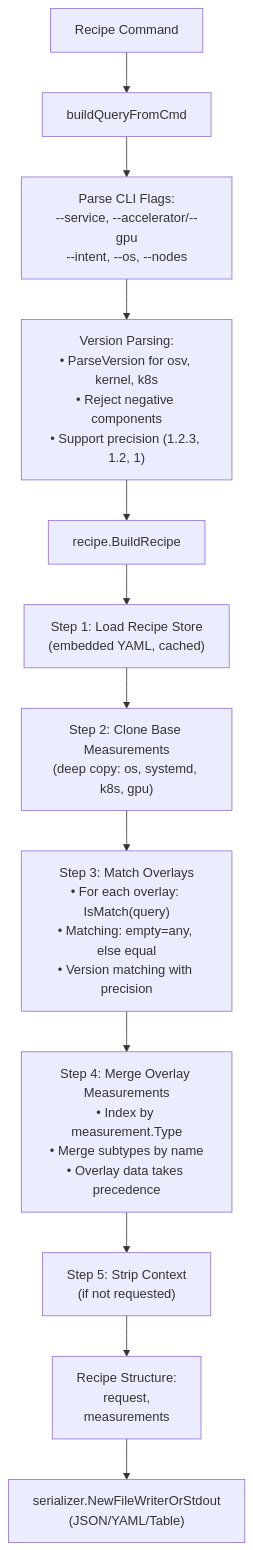
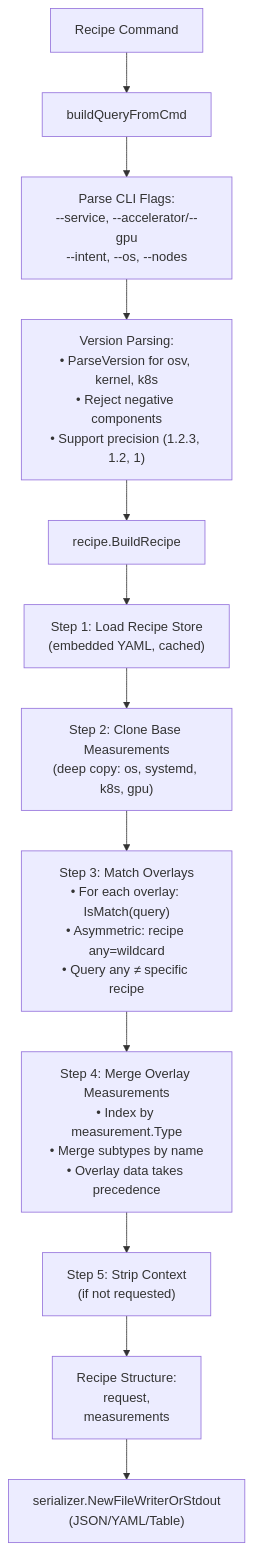
Before and after one commit to dims/cloud-native-stack: the sixth of 16 diagrams in docs/architecture/cli.md, drawn with Mermaid. The commit also changed other lines of this file and 31 other files, not shown here.

````diff
--- a/docs/architecture/cli.md
+++ b/docs/architecture/cli.md
@@ -423,18 +423,18 @@
 ```mermaid
 flowchart TD
     A[Recipe Command] --> B[buildQueryFromCmd]
     
     B --> B1["Parse CLI Flags:<br/>--service, --accelerator/--gpu<br/>--intent, --os, --nodes"]
     B1 --> B2["Version Parsing:<br/>• ParseVersion for osv, kernel, k8s<br/>• Reject negative components<br/>• Support precision (1.2.3, 1.2, 1)"]
     
     B2 --> C[recipe.BuildRecipe]
     
     C --> C1["Step 1: Load Recipe Store<br/>(embedded YAML, cached)"]
     C1 --> C2["Step 2: Clone Base Measurements<br/>(deep copy: os, systemd, k8s, gpu)"]
-    C2 --> C3["Step 3: Match Overlays<br/>• For each overlay: IsMatch(query)<br/>• Matching: empty=any, else equal<br/>• Version matching with precision"]
+    C2 --> C3["Step 3: Match Overlays<br/>• For each overlay: IsMatch(query)<br/>• Asymmetric: recipe any=wildcard<br/>• Query any ≠ specific recipe"]
     C3 --> C4["Step 4: Merge Overlay Measurements<br/>• Index by measurement.Type<br/>• Merge subtypes by name<br/>• Overlay data takes precedence"]
     C4 --> C5["Step 5: Strip Context<br/>(if not requested)"]
     C5 --> C6["Recipe Structure:<br/>request,<br/>measurements"]
     
     C6 --> D["serializer.NewFileWriterOrStdout<br/>(JSON/YAML/Table)"]
 ```
````
